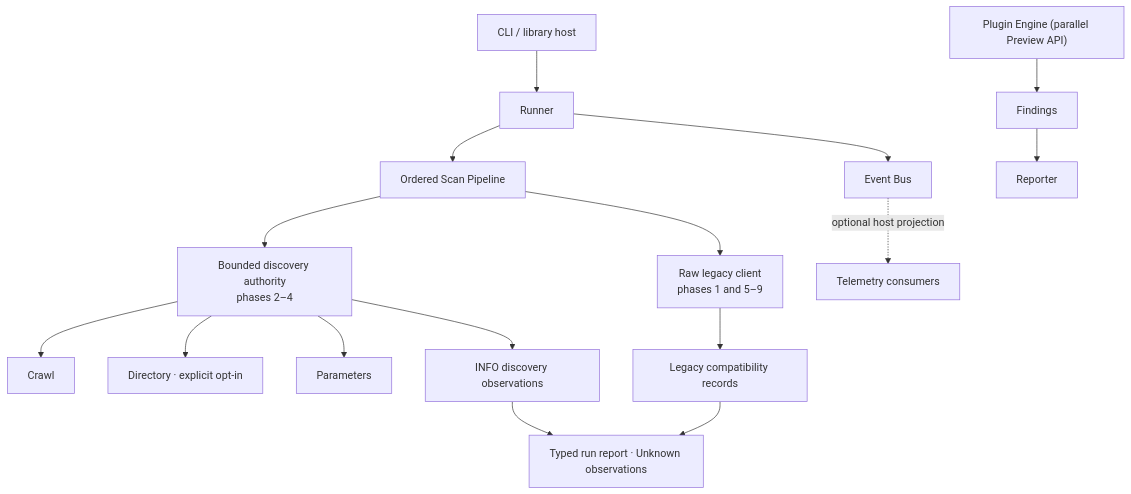
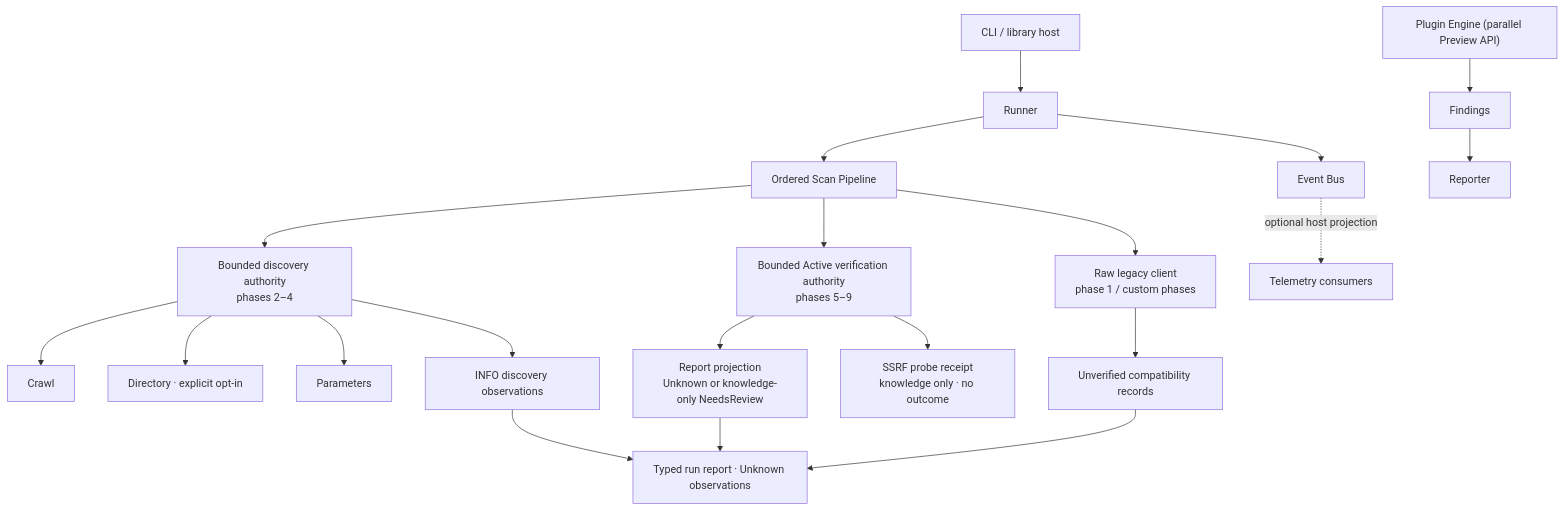
One commit to ITherso/termivar changed the second of 4 diagrams in docs/architecture.md. Above: the diagram before and after it, drawn with Mermaid. The commit also changed other lines of this file and 33 other files, not shown here.

Commit message:
fix(scanner): bound legacy verification semantics

````diff
--- a/docs/architecture.md
+++ b/docs/architecture.md
@@ -45,18 +45,22 @@
 ```mermaid
 flowchart TD
     Host["CLI / library host"] --> Runner
     Runner --> Pipeline["Ordered Scan Pipeline"]
     Pipeline --> Discovery["Bounded discovery authority<br/>phases 2–4"]
     Discovery --> Crawl
     Discovery --> Directory["Directory · explicit opt-in"]
     Discovery --> Parameters
-    Pipeline --> RawLegacy["Raw legacy client<br/>phases 1 and 5–9"]
+    Pipeline --> Verification["Bounded Active verification authority<br/>phases 5–9"]
+    Pipeline --> RawLegacy["Raw legacy client<br/>phase 1 / custom phases"]
     Discovery --> DiscoveryRecords["INFO discovery observations"]
-    RawLegacy --> LegacyRecords["Legacy compatibility records"]
+    Verification --> ReviewRecords["Report projection<br/>Unknown or knowledge-only NeedsReview"]
+    Verification --> KnowledgeReceipt["SSRF probe receipt<br/>knowledge only · no outcome"]
+    RawLegacy --> LegacyRecords["Unverified compatibility records"]
     DiscoveryRecords --> RunReport["Typed run report · Unknown observations"]
+    ReviewRecords --> RunReport
     LegacyRecords --> RunReport
     PluginEngine["Plugin Engine (parallel Preview API)"] --> Findings
     Runner --> Events["Event Bus"]
     Findings --> Reporter
     Events -. "optional host projection" .-> Observers["Telemetry consumers"]
 ```
````
